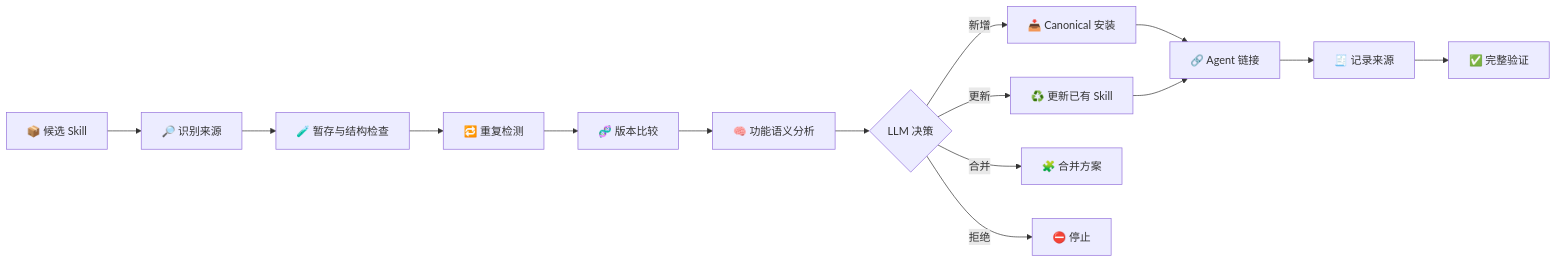
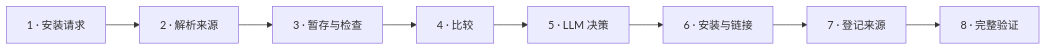
Before and after one commit to apexpeng/skill-install-workflow: the first of 3 diagrams in README.zh-CN.md, drawn with Mermaid. The commit also changed other lines of this file, not shown here.

````diff
--- a/README.zh-CN.md
+++ b/README.zh-CN.md
@@ -58,17 +31,10 @@
 ```mermaid
 flowchart LR
-    A["📦 候选 Skill"] --> B["🔎 识别来源"]
-    B --> C["🧪 暂存与结构检查"]
-    C --> D["🔁 重复检测"]
-    D --> E["🧬 版本比较"]
-    E --> F["🧠 功能语义分析"]
-    F --> G{"LLM 决策"}
-    G -->|新增| H["📥 Canonical 安装"]
-    G -->|更新| I["♻️ 更新已有 Skill"]
-    G -->|合并| J["🧩 合并方案"]
-    G -->|拒绝| K["⛔ 停止"]
-    H --> L["🔗 Agent 链接"]
-    I --> L
-    L --> M["🧾 记录来源"]
-    M --> N["✅ 完整验证"]
+    A["1 · 安装请求"] --> B["2 · 解析来源"]
+    B --> C["3 · 暂存与检查"]
+    C --> D["4 · 比较"]
+    D --> E["5 · LLM 决策"]
+    E --> F["6 · 安装与链接"]
+    F --> G["7 · 登记来源"]
+    G --> H["8 · 完整验证"]
 ```
````
